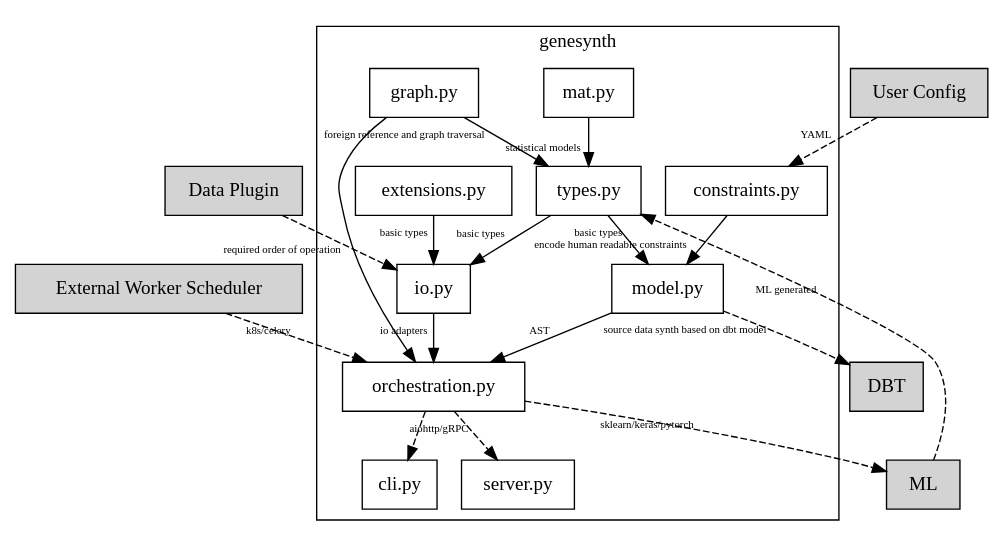
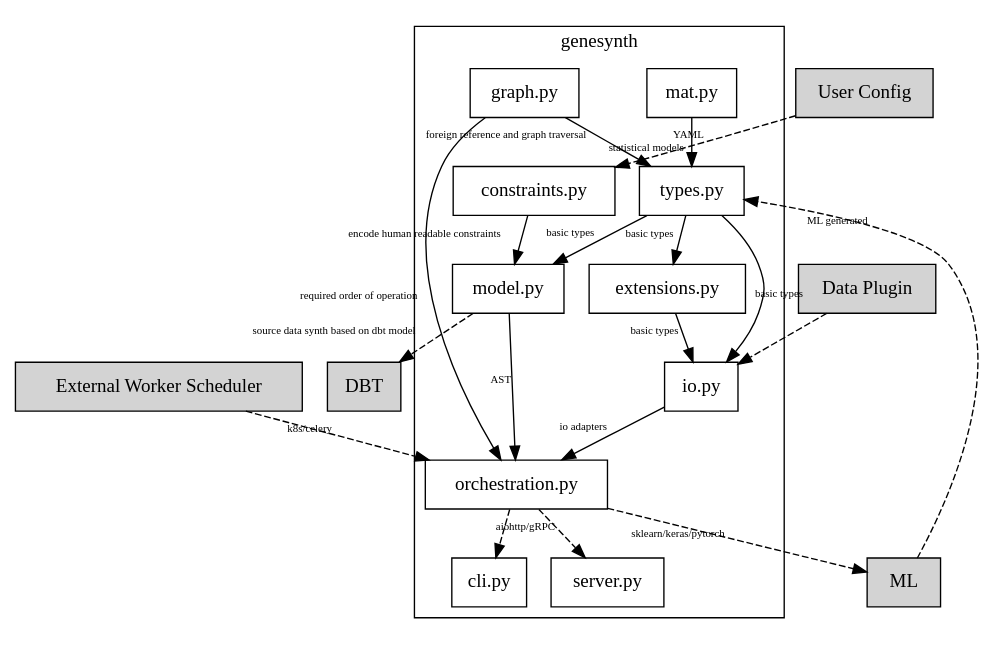
Before and after one commit to sterling312/genesynth: the diagram in docs/layout.dot, drawn with Graphviz. The commit also changed 1 other file, not shown here.

```diff
--- a/docs/layout.dot
+++ b/docs/layout.dot
@@ -1,33 +1,34 @@
 strict digraph genesynth {
     node [shape=box]
     edge [fontsize=8]
 
     ML [style=filled, fillcolor=lightgray]
     "User Config" [style=filled, fillcolor=lightgray]
     "Data Plugin" [style=filled, fillcolor=lightgray]
     "External Worker Scheduler" [style=filled, fillcolor=lightgray]
     DBT [style=filled, fillcolor=lightgray]
 
     ML -> "types.py" [style=dashed, xlabel="ML generated"]
     "User Config" -> "constraints.py" [style=dashed, xlabel="YAML"]
     "Data Plugin" -> "io.py" [style=dashed]
     "External Worker Scheduler" -> "orchestration.py" [style=dashed, xlabel="k8s/celery"]
 
     subgraph cluster_module {
         label="genesynth"
         "mat.py" -> "types.py" [xlabel="statistical models"]
         "constraints.py" -> "model.py" [xlabel="encode human readable constraints"]
         "types.py" -> "io.py" [xlabel="basic types"]
+        "types.py" -> "extensions.py" [xlabel="basic types"]
         "extensions.py" -> "io.py" [xlabel="basic types"]
         "types.py" -> "model.py" [xlabel="basic types"]
         "model.py" -> "orchestration.py" [xlabel="AST"]
         "graph.py" -> "orchestration.py" [xlabel="required order of operation"]
         "graph.py" -> "types.py" [xlabel="foreign reference and graph traversal"]
         "io.py" -> "orchestration.py" [xlabel="io adapters"]
         "orchestration.py" -> "cli.py" [style=dashed]
         "orchestration.py" -> "server.py" [style=dashed, xlabel="aiohttp/gRPC"]
     }
 
     "model.py" -> DBT [style=dashed, xlabel="source data synth based on dbt model"]
     "orchestration.py" -> ML [style=dashed, xlabel="sklearn/keras/pytorch"]
 }
```
